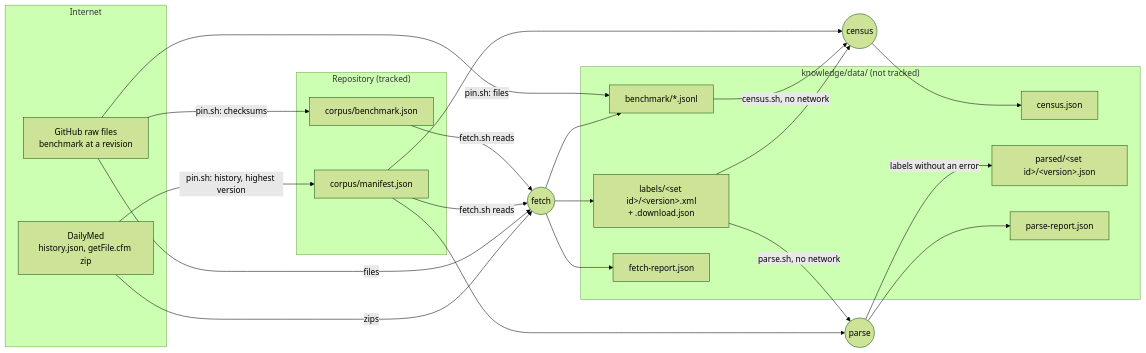
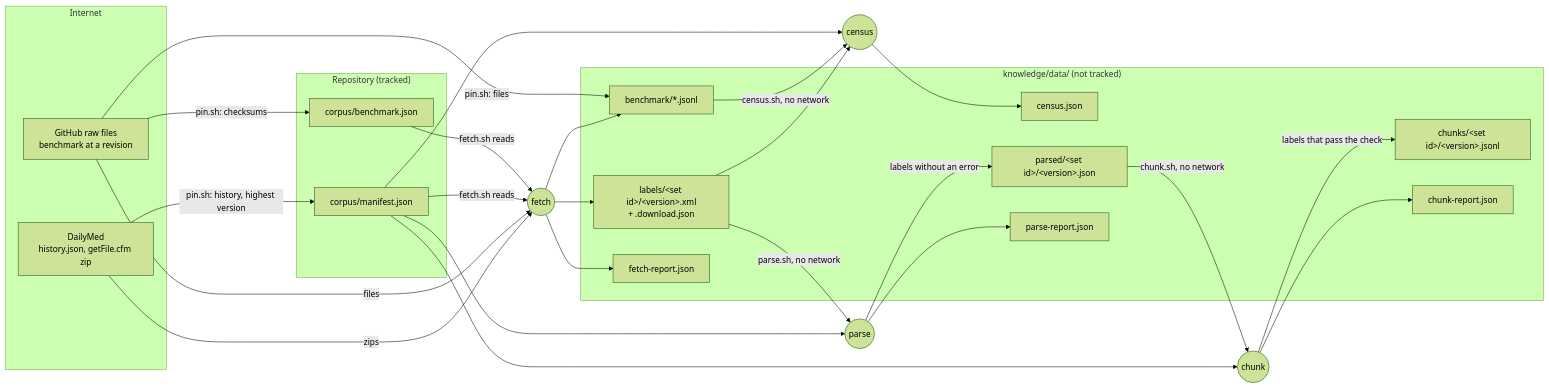
One commit to AndrewPHunter/ai-on-aws changed the first of 4 diagrams in docs/architecture/knowledge.md. Above: the diagram before and after it, drawn with Mermaid (forest theme). The commit also changed other lines of this file and 27 other files, not shown here.

````diff
--- a/docs/architecture/knowledge.md
+++ b/docs/architecture/knowledge.md
@@ -38,37 +41,43 @@
 ```mermaid
 flowchart LR
     subgraph Internet
         GH["GitHub raw files<br/>benchmark at a revision"]
         DM["DailyMed<br/>history.json, getFile.cfm zip"]
     end
     subgraph Repository["Repository (tracked)"]
         P["corpus/benchmark.json"]
         M["corpus/manifest.json"]
     end
     subgraph Data["knowledge/data/ (not tracked)"]
         B["benchmark/*.jsonl"]
         L["labels/&lt;set id&gt;/&lt;version&gt;.xml<br/>+ .download.json"]
         FR["fetch-report.json"]
         C["census.json"]
         PD["parsed/&lt;set id&gt;/&lt;version&gt;.json"]
         PR["parse-report.json"]
+        CK["chunks/&lt;set id&gt;/&lt;version&gt;.jsonl"]
+        CR["chunk-report.json"]
     end
     GH -- "pin.sh: files" --> B
     GH -- "pin.sh: checksums" --> P
     DM -- "pin.sh: history, highest version" --> M
     P -- "fetch.sh reads" --> F(("fetch"))
     M -- "fetch.sh reads" --> F
     GH -- "files" --> F
     DM -- "zips" --> F
     F --> B
     F --> L
     F --> FR
     B -- "census.sh, no network" --> CE(("census"))
     L --> CE
     M --> CE
     CE --> C
     L -- "parse.sh, no network" --> PA(("parse"))
     M --> PA
     PA -- "labels without an error" --> PD
     PA --> PR
+    PD -- "chunk.sh, no network" --> CH(("chunk"))
+    M --> CH
+    CH -- "labels that pass the check" --> CK
+    CH --> CR
 ```
````
